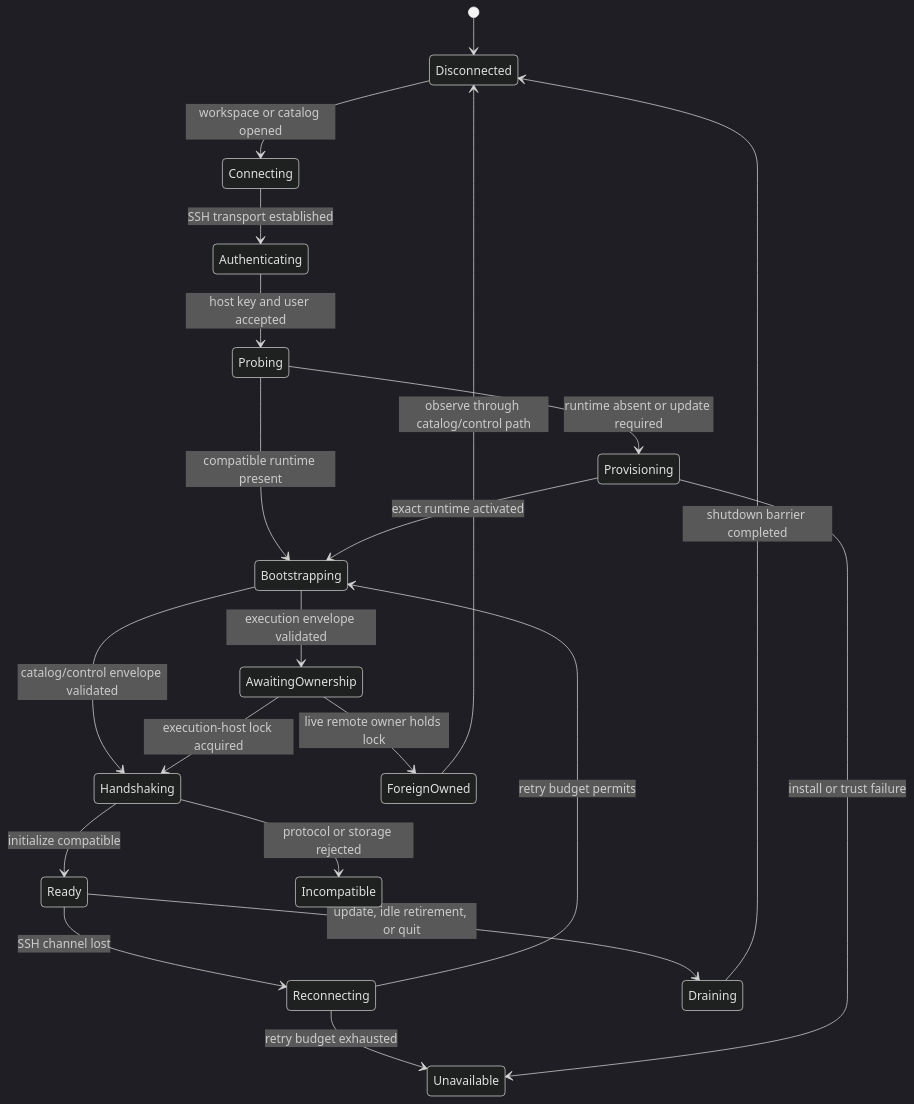
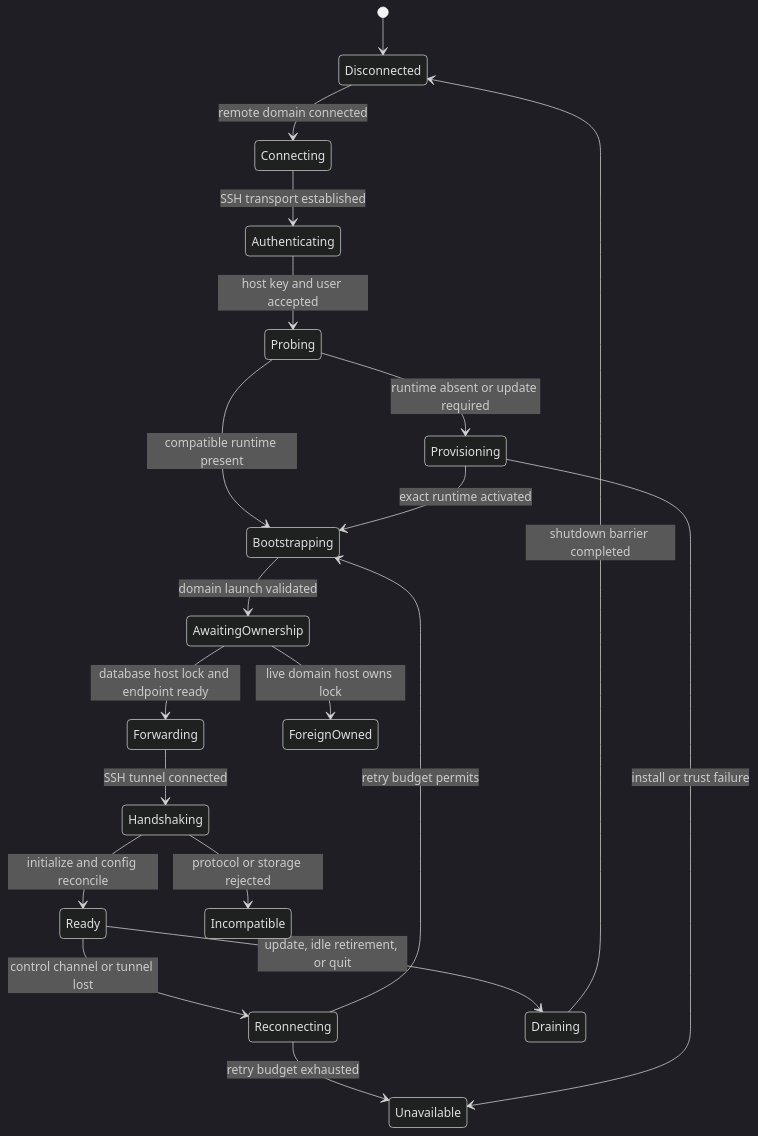
The second of 2 diagrams in spec/desktop/07-ssh-remote-workspaces.md (Wh1isper/starweaver), drawn with Mermaid (dark theme) before and after one commit. The commit also changed other lines of this file and 98 other files, not shown here.

First line of the commit message:
feat(desktop): add domain host prerequisites (#90)

````diff
--- a/spec/desktop/07-ssh-remote-workspaces.md
+++ b/spec/desktop/07-ssh-remote-workspaces.md
@@ -303,23 +310,22 @@
 ```mermaid
 stateDiagram-v2
     [*] --> Disconnected
-    Disconnected --> Connecting: workspace or catalog opened
+    Disconnected --> Connecting: remote domain connected
     Connecting --> Authenticating: SSH transport established
     Authenticating --> Probing: host key and user accepted
     Probing --> Provisioning: runtime absent or update required
     Probing --> Bootstrapping: compatible runtime present
     Provisioning --> Bootstrapping: exact runtime activated
-    Bootstrapping --> Handshaking: catalog/control envelope validated
-    Bootstrapping --> AwaitingOwnership: execution envelope validated
-    AwaitingOwnership --> Handshaking: execution-host lock acquired
-    AwaitingOwnership --> ForeignOwned: live remote owner holds lock
-    ForeignOwned --> Disconnected: observe through catalog/control path
-    Handshaking --> Ready: initialize compatible
-    Ready --> Reconnecting: SSH channel lost
+    Bootstrapping --> AwaitingOwnership: domain launch validated
+    AwaitingOwnership --> Forwarding: database host lock and endpoint ready
+    AwaitingOwnership --> ForeignOwned: live domain host owns lock
+    Forwarding --> Handshaking: SSH tunnel connected
+    Handshaking --> Ready: initialize and config reconcile
+    Ready --> Reconnecting: control channel or tunnel lost
     Ready --> Draining: update, idle retirement, or quit
     Reconnecting --> Bootstrapping: retry budget permits
     Reconnecting --> Unavailable: retry budget exhausted
     Draining --> Disconnected: shutdown barrier completed
     Provisioning --> Unavailable: install or trust failure
     Handshaking --> Incompatible: protocol or storage rejected
 ```
````
